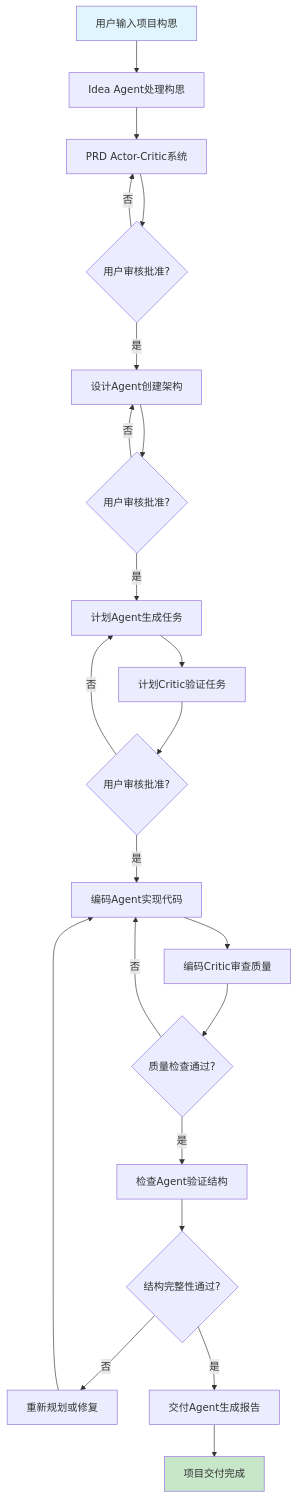
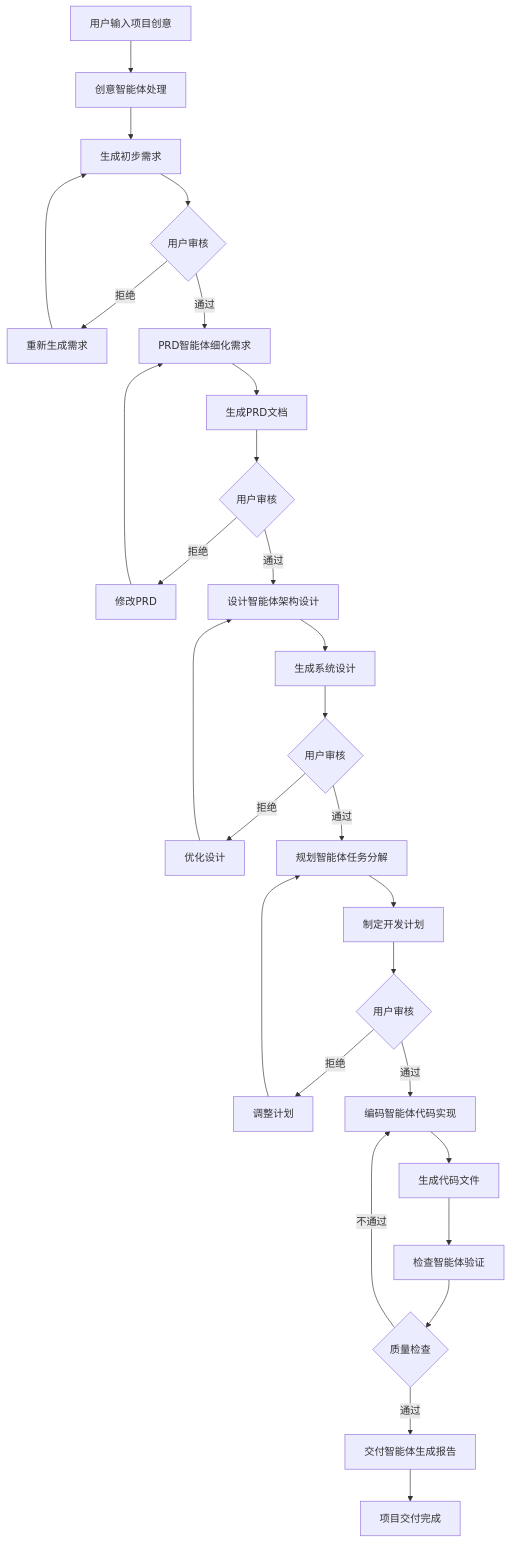
The eighth of 11 diagrams in litho.docs/zh/2、架构概览.md (sopaco/cowork-forge), drawn with Mermaid before and after one commit. The commit also changed other lines of this file and 26 other files, not shown here.

````diff
--- a/litho.docs/zh/2、架构概览.md
+++ b/litho.docs/zh/2、架构概览.md
@@ -363,27 +461,35 @@
 ```mermaid
 graph TD
-    A[用户输入项目构思] --> B[Idea Agent处理构思]
-    B --> C[PRD Actor-Critic系统]
-    C --> D{用户审核批准?}
-    D -->|否| C
-    D -->|是| E[设计Agent创建架构]
-    E --> F{用户审核批准?}
-    F -->|否| E
-    F -->|是| G[计划Agent生成任务]
-    G --> H[计划Critic验证任务]
-    H --> I{用户审核批准?}
-    I -->|否| G
-    I -->|是| J[编码Agent实现代码]
-    J --> K[编码Critic审查质量]
-    K --> L{质量检查通过?}
-    L -->|否| J
-    L -->|是| M[检查Agent验证结构]
-    M --> N{结构完整性通过?}
-    N -->|否| O[重新规划或修复]
-    O --> J
-    N -->|是| P[交付Agent生成报告]
-    P --> Q[项目交付完成]
+    A[用户输入项目创意] --> B[创意智能体处理]
+    B --> C[生成初步需求]
+    C --> D{用户审核}
+    D -->|拒绝| E[重新生成需求]
+    D -->|通过| F[PRD智能体细化需求]
+    E --> C
     
-    style A fill:#e1f5fe
-    style Q fill:#c8e6c9
+    F --> G[生成PRD文档]
+    G --> H{用户审核}
+    H -->|拒绝| I[修改PRD]
+    H -->|通过| J[设计智能体架构设计]
+    I --> F
+    
+    J --> K[生成系统设计]
+    K --> L{用户审核}
+    L -->|拒绝| M[优化设计]
+    L -->|通过| N[规划智能体任务分解]
+    M --> J
+    
+    N --> O[制定开发计划]
+    O --> P{用户审核}
+    P -->|拒绝| Q[调整计划]
+    P -->|通过| R[编码智能体代码实现]
+    Q --> N
+    
+    R --> S[生成代码文件]
+    S --> T[检查智能体验证]
+    T --> U{质量检查}
+    U -->|不通过| R
+    U -->|通过| V[交付智能体生成报告]
+    
+    V --> W[项目交付完成]
 ```
````
